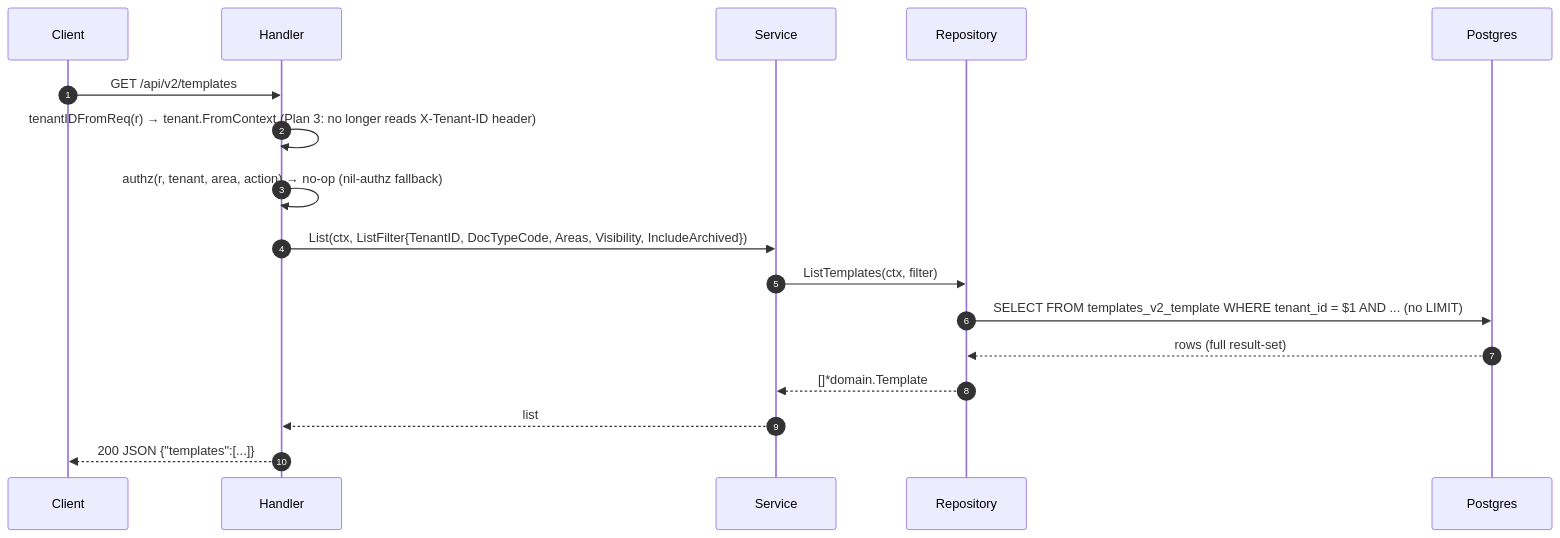
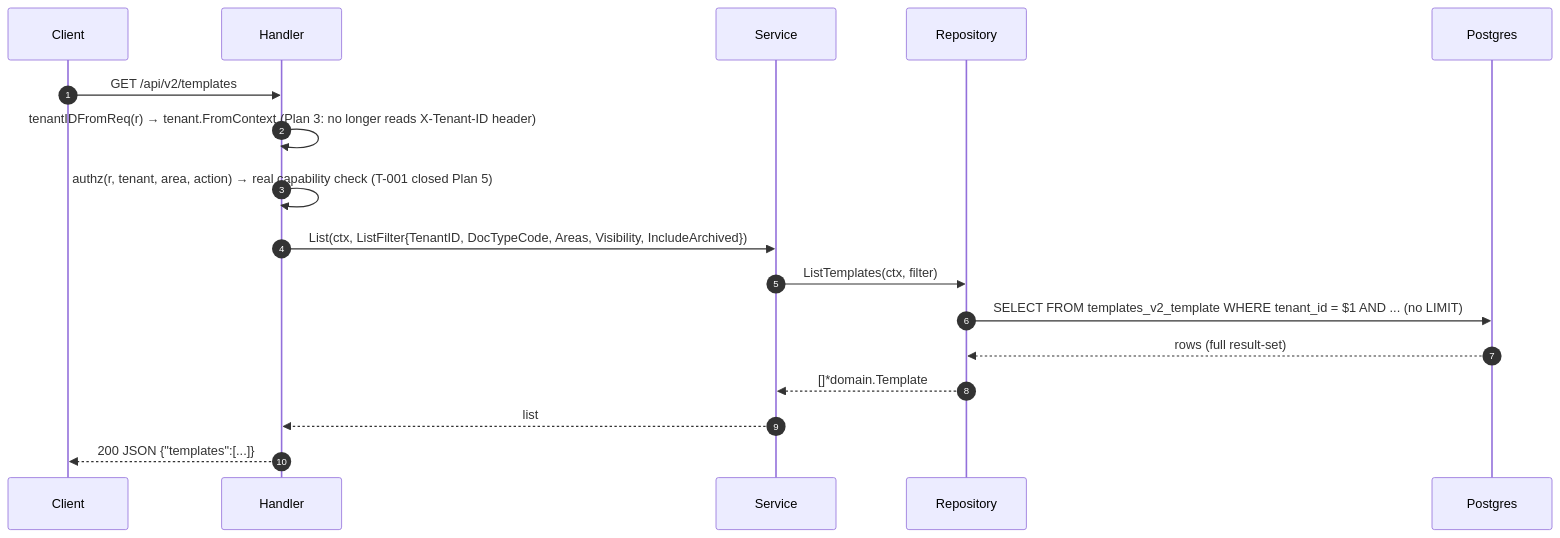
Before and after one commit to developmentconexus-ops/MetalDocs: the third of 5 diagrams in wiki/modules/templates_v2.md, drawn with Mermaid. The commit also changed other lines of this file and 19 other files, not shown here.

````diff
--- a/wiki/modules/templates_v2.md
+++ b/wiki/modules/templates_v2.md
@@ -217,19 +218,19 @@
 ```mermaid
 sequenceDiagram
     autonumber
     participant C as Client
     participant H as Handler
     participant S as Service
     participant R as Repository
     participant DB as Postgres
     C->>H: GET /api/v2/templates
     H->>H: tenantIDFromReq(r) → tenant.FromContext (Plan 3: no longer reads X-Tenant-ID header)
-    H->>H: authz(r, tenant, area, action) → no-op (nil-authz fallback)
+    H->>H: authz(r, tenant, area, action) → real capability check (T-001 closed Plan 5)
     H->>S: List(ctx, ListFilter{TenantID, DocTypeCode, Areas, Visibility, IncludeArchived})
     S->>R: ListTemplates(ctx, filter)
     R->>DB: SELECT FROM templates_v2_template WHERE tenant_id = $1 AND ... (no LIMIT)
     DB-->>R: rows (full result-set)
     R-->>S: []*domain.Template
     S-->>H: list
     H-->>C: 200 JSON {"templates":[...]}
 ```
````
